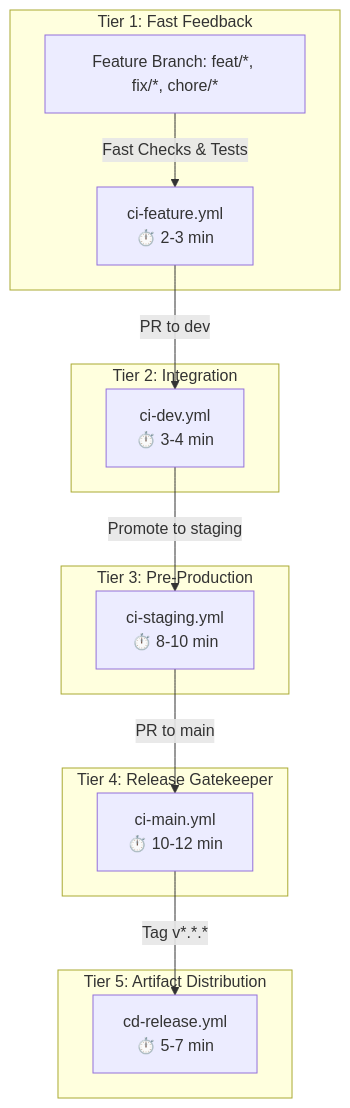
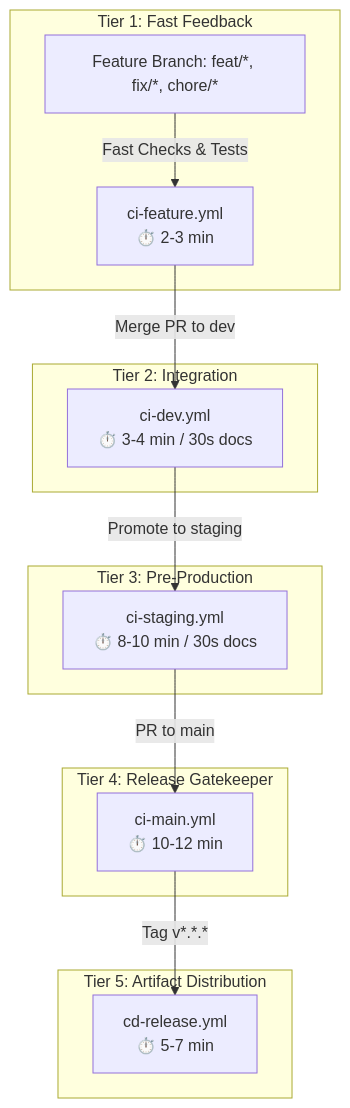
Before and after one commit to ntuan2502/haihire: the diagram in docs/runbooks/ci-cd.md, drawn with Mermaid. The commit also changed other lines of this file and 15 other files, not shown here.

````diff
--- a/docs/runbooks/ci-cd.md
+++ b/docs/runbooks/ci-cd.md
@@ -13,22 +13,22 @@
 ```mermaid
 graph TD
     subgraph Tier 1: Fast Feedback
         F[Feature Branch: feat/*, fix/*, chore/*] -->|Fast Checks & Tests| WF_FEAT[ci-feature.yml <br/> ⏱️ 2-3 min]
     end
 
     subgraph Tier 2: Integration
-        WF_FEAT -->|PR to dev| WF_DEV[ci-dev.yml <br/> ⏱️ 3-4 min]
+        WF_FEAT -->|Merge PR to dev| WF_DEV[ci-dev.yml <br/> ⏱️ 3-4 min / 30s docs]
     end
 
     subgraph Tier 3: Pre-Production
-        WF_DEV -->|Promote to staging| WF_STG[ci-staging.yml <br/> ⏱️ 8-10 min]
+        WF_DEV -->|Promote to staging| WF_STG[ci-staging.yml <br/> ⏱️ 8-10 min / 30s docs]
     end
 
     subgraph Tier 4: Release Gatekeeper
         WF_STG -->|PR to main| WF_MAIN[ci-main.yml <br/> ⏱️ 10-12 min]
     end
 
     subgraph Tier 5: Artifact Distribution
         WF_MAIN -->|Tag v*.*.*| WF_REL[cd-release.yml <br/> ⏱️ 5-7 min]
     end
 ```
````
